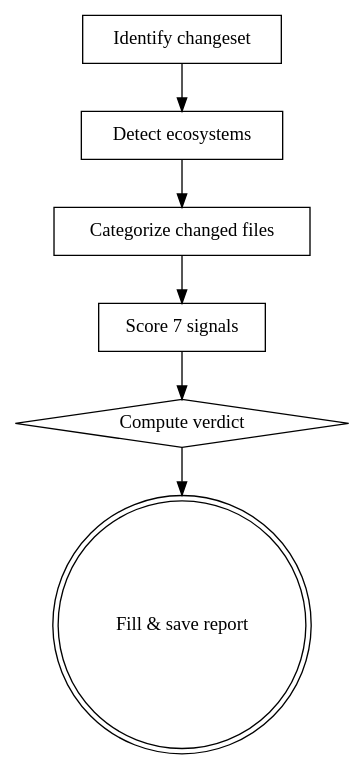
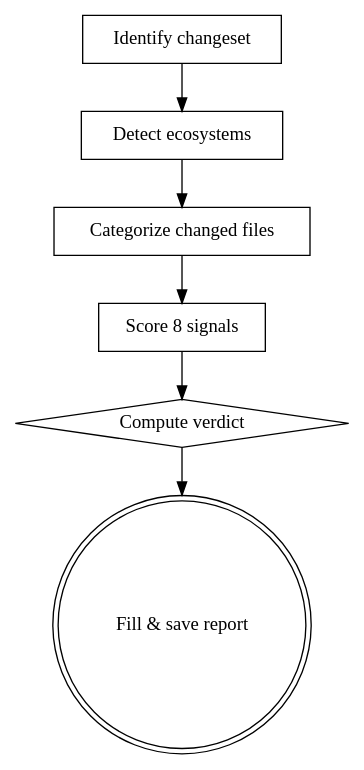
The diagram in plugins/onward-and-upward/skills/change-trajectory/SKILL.md (jsoverson/skills), drawn with Graphviz before and after one commit. The commit also changed other lines of this file, not shown here.

````diff
--- a/plugins/onward-and-upward/skills/change-trajectory/SKILL.md
+++ b/plugins/onward-and-upward/skills/change-trajectory/SKILL.md
@@ -18,16 +18,16 @@
 ```dot
 digraph change_trajectory {
     "Identify changeset" [shape=box];
     "Detect ecosystems" [shape=box];
     "Categorize changed files" [shape=box];
-    "Score 7 signals" [shape=box];
+    "Score 8 signals" [shape=box];
     "Compute verdict" [shape=diamond];
     "Fill & save report" [shape=doublecircle];
 
     "Identify changeset" -> "Detect ecosystems";
     "Detect ecosystems" -> "Categorize changed files";
-    "Categorize changed files" -> "Score 7 signals";
-    "Score 7 signals" -> "Compute verdict";
+    "Categorize changed files" -> "Score 8 signals";
+    "Score 8 signals" -> "Compute verdict";
     "Compute verdict" -> "Fill & save report";
 }
 ```
````
